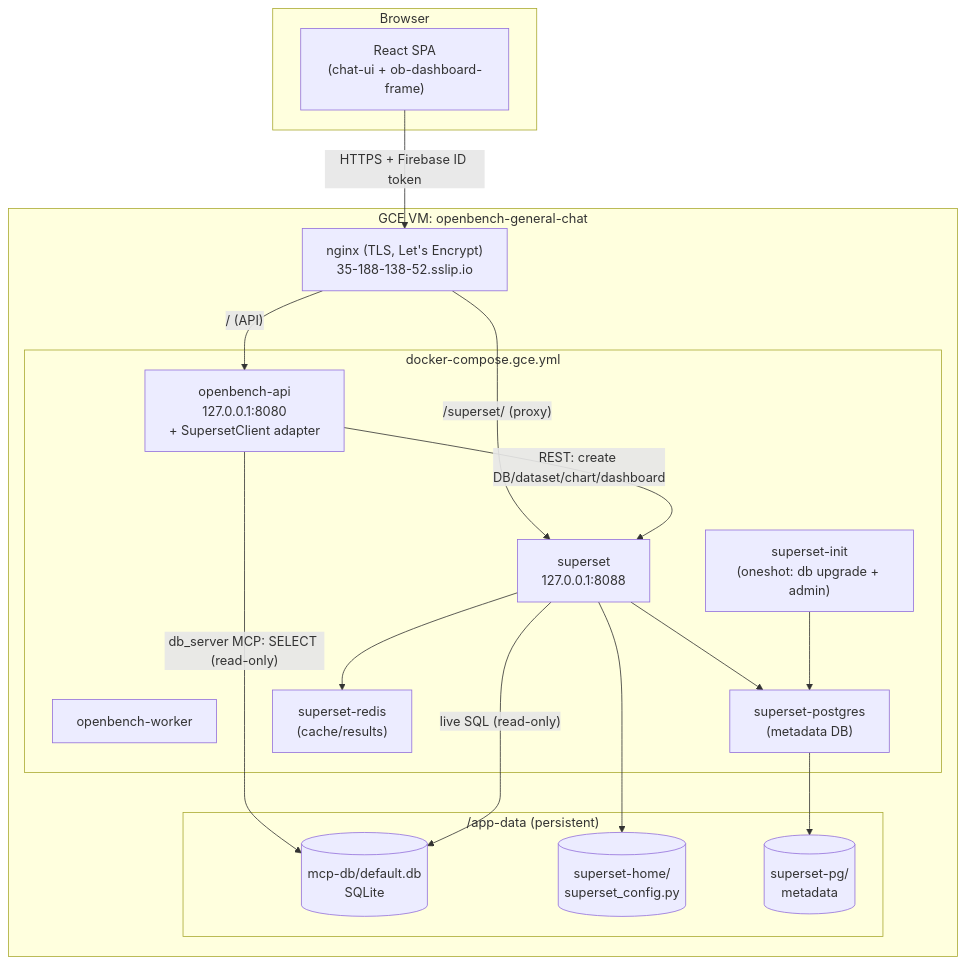
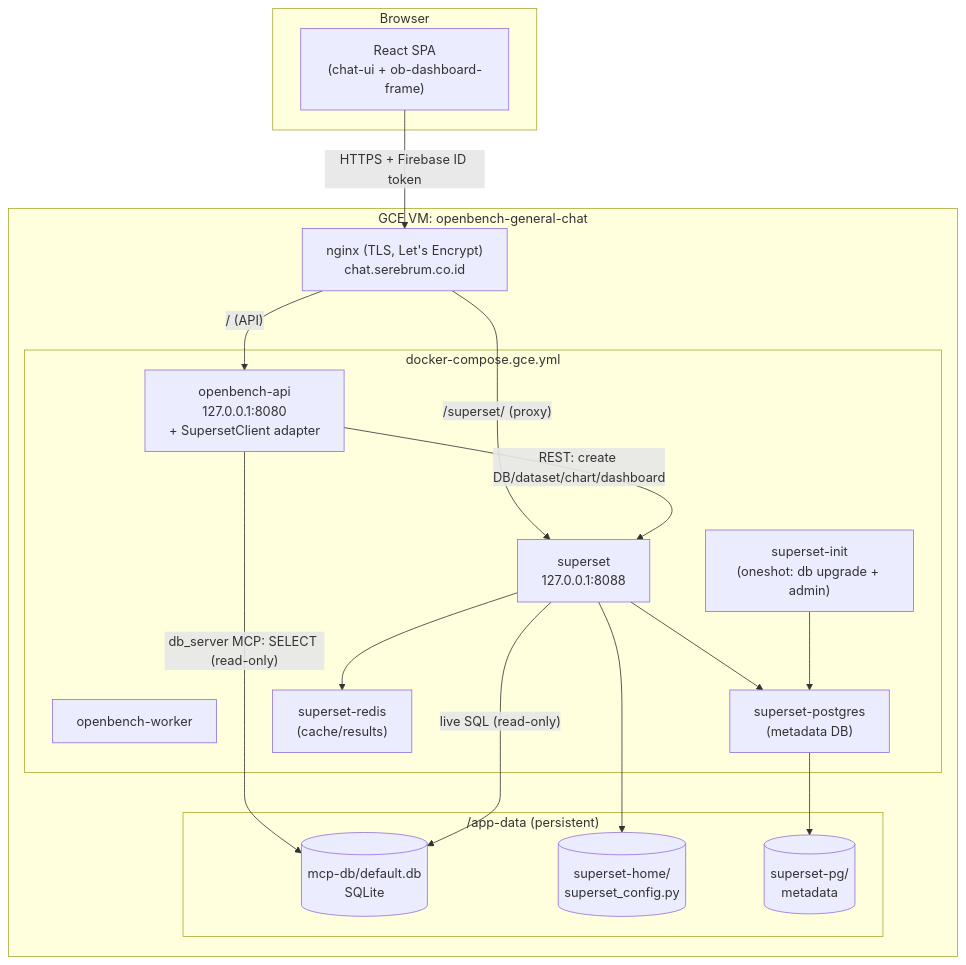
The first of 3 diagrams in docs/SUPERSET_INTEGRATION.md (ai-kitchen-inc/openbench), drawn with Mermaid before and after one commit. The commit also changed other lines of this file and 11 other files, not shown here.

First line of the commit message:
chore(deploy): retire Firebase Hosting, front door now chat.serebrum.co.id

````diff
--- a/docs/SUPERSET_INTEGRATION.md
+++ b/docs/SUPERSET_INTEGRATION.md
@@ -63,37 +63,37 @@
 ```mermaid
 flowchart TB
   subgraph Browser
     SPA["React SPA<br/>(chat-ui + ob-dashboard-frame)"]
   end
 
   subgraph VM["GCE VM: openbench-general-chat"]
-    NGINX["nginx (TLS, Let's Encrypt)<br/>35-188-138-52.sslip.io"]
+    NGINX["nginx (TLS, Let's Encrypt)<br/>chat.serebrum.co.id"]
 
     subgraph compose["docker-compose.gce.yml"]
       API["openbench-api<br/>127.0.0.1:8080<br/>+ SupersetClient adapter"]
       WORKER["openbench-worker"]
       SUP["superset<br/>127.0.0.1:8088"]
       SUPINIT["superset-init<br/>(oneshot: db upgrade + admin)"]
       SUPPG["superset-postgres<br/>(metadata DB)"]
       SUPREDIS["superset-redis<br/>(cache/results)"]
     end
 
     subgraph vol["/app-data (persistent)"]
       SQLITE[("mcp-db/default.db<br/>SQLite")]
       SUPVOL[("superset-home/<br/>superset_config.py")]
       PGVOL[("superset-pg/<br/>metadata")]
     end
   end
 
   SPA -- "HTTPS + Firebase ID token" --> NGINX
   NGINX -- "/ (API)" --> API
   NGINX -- "/superset/ (proxy)" --> SUP
   API -- "REST: create DB/dataset/chart/dashboard" --> SUP
   API -- "db_server MCP: SELECT (read-only)" --> SQLITE
   SUP -- "live SQL (read-only)" --> SQLITE
   SUP --> SUPPG
   SUP --> SUPREDIS
   SUPINIT --> SUPPG
   SUP --> SUPVOL
   SUPPG --> PGVOL
 ```
````
